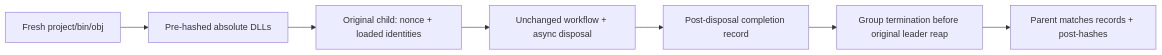
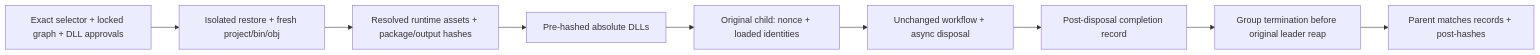
Before and after one commit to DeandreT/switchyard: the diagram in docs/sdk-gates.md, drawn with Mermaid. The commit also changed other lines of this file and 19 other files, not shown here.

````diff
--- a/docs/sdk-gates.md
+++ b/docs/sdk-gates.md
@@ -17,9 +21,11 @@
 ```mermaid
 flowchart LR
-    Build["Fresh project/bin/obj"] --> Files["Pre-hashed absolute DLLs"]
+    Pins["Exact selector + locked graph + DLL approvals"] --> Build["Isolated restore + fresh project/bin/obj"]
+    Build --> Assets["Resolved runtime assets + package/output hashes"]
+    Assets --> Files["Pre-hashed absolute DLLs"]
     Files --> Start["Original child: nonce + loaded identities"]
     Start --> Work["Unchanged workflow + async disposal"]
     Work --> Complete["Post-disposal completion record"]
     Complete --> Reap["Group termination before original leader reap"]
     Reap --> Verify["Parent matches records + post-hashes"]
 ```
````
